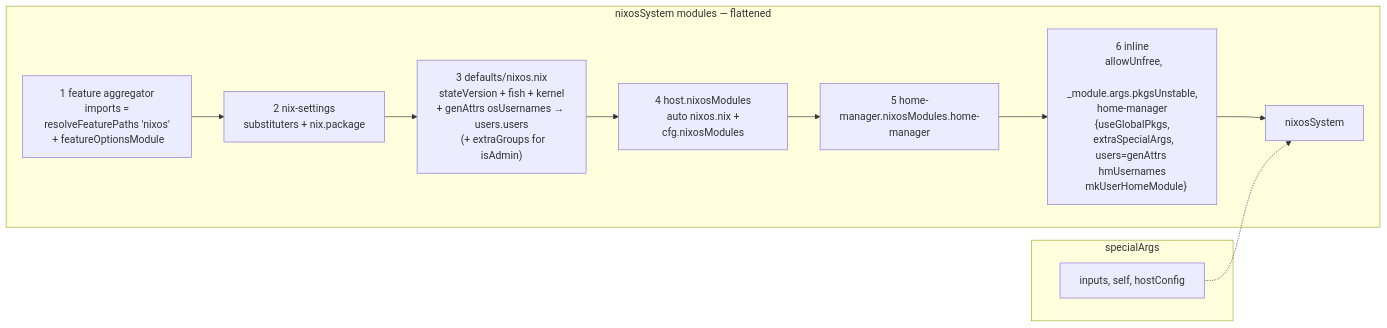
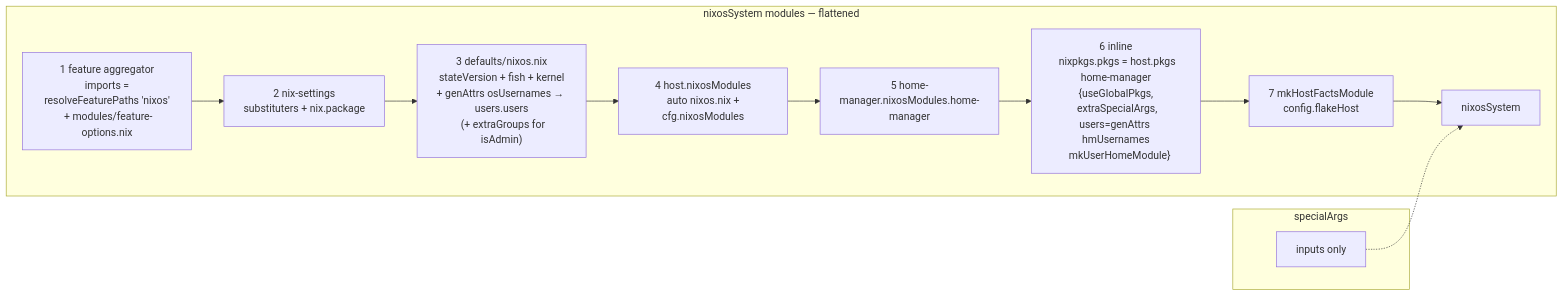
Before and after one commit to WombatFromHell/automatic-palm-tree: the fifth of 7 diagrams in DESIGN.md, drawn with Mermaid. The commit also changed other lines of this file and 49 other files, not shown here.

````diff
--- a/DESIGN.md
+++ b/DESIGN.md
@@ -176,16 +173,17 @@
 ```mermaid
 flowchart LR
     subgraph Mods ["nixosSystem modules — flattened"]
-        feat["1 feature aggregator\n imports = resolveFeaturePaths 'nixos'\n + featureOptionsModule"]
+        feat["1 feature aggregator\n imports = resolveFeaturePaths 'nixos'\n + modules/feature-options.nix"]
         nixSet["2 nix-settings\nsubstituters + nix.package"]
         defNixos["3 defaults/nixos.nix\nstateVersion + fish + kernel\n+ genAttrs osUsernames → users.users\n  (+ extraGroups for isAdmin)"]
         hostMods["4 host.nixosModules\n auto nixos.nix + cfg.nixosModules"]
         hmMod["5 home-manager.nixosModules.home-manager"]
-        inline["6 inline\n allowUnfree,\n _module.args.pkgsUnstable,\n home-manager {useGlobalPkgs,\n  extraSpecialArgs, users=genAttrs hmUsernames\n   mkUserHomeModule}"]
-        feat --> nixSet --> defNixos --> hostMods --> hmMod --> inline --> merged["nixosSystem"]
+        inline["6 inline\n nixpkgs.pkgs = host.pkgs\n home-manager {useGlobalPkgs,\n  extraSpecialArgs, users=genAttrs hmUsernames\n   mkUserHomeModule}"]
+        facts["7 mkHostFactsModule\n config.flakeHost"]
+        feat --> nixSet --> defNixos --> hostMods --> hmMod --> inline --> facts --> merged["nixosSystem"]
     end
     subgraph Args ["specialArgs"]
-        sa["inputs, self, hostConfig"]
+        sa["inputs only"]
     end
     sa -.-> merged
 ```
````
